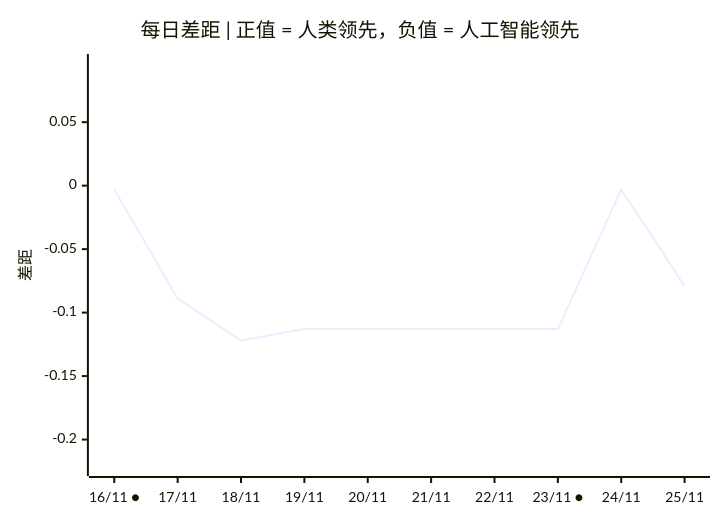
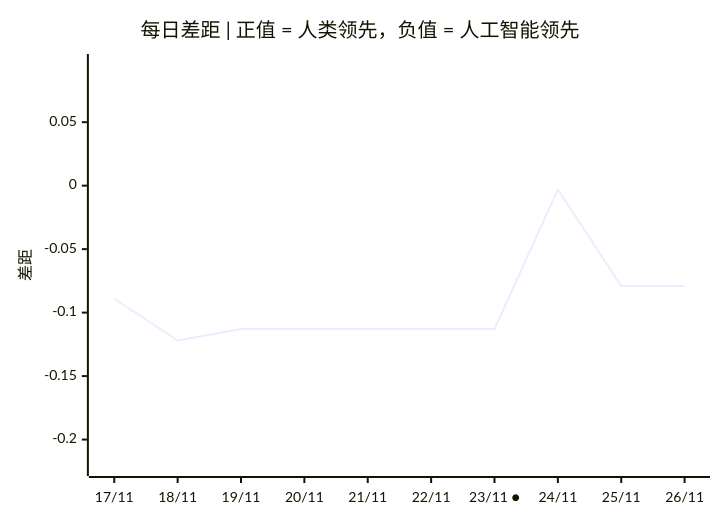
One commit to VQQLK/Human-AI-Monitor changed the third of 3 diagrams in README.zh.md. Above: the diagram before and after it, drawn with Mermaid. The commit also changed other lines of this file and 3 other files, not shown here.

````diff
--- a/README.zh.md
+++ b/README.zh.md
@@ -56,7 +56,7 @@
 ```mermaid
 xychart-beta
     title "每日差距 | 正值 = 人类领先，负值 = 人工智能领先"
-    x-axis ["16/11 ●", "17/11", "18/11", "19/11", "20/11", "21/11", "22/11", "23/11 ●", "24/11", "25/11"]
+    x-axis ["17/11", "18/11", "19/11", "20/11", "21/11", "22/11", "23/11 ●", "24/11", "25/11", "26/11"]
     y-axis "差距" -0.222 --> 0.097
-    line [-0.003, -0.089, -0.122, -0.113, -0.113, -0.113, -0.113, -0.113, -0.003, -0.079]
+    line [-0.089, -0.122, -0.113, -0.113, -0.113, -0.113, -0.113, -0.003, -0.079, -0.079]
 ```
````
